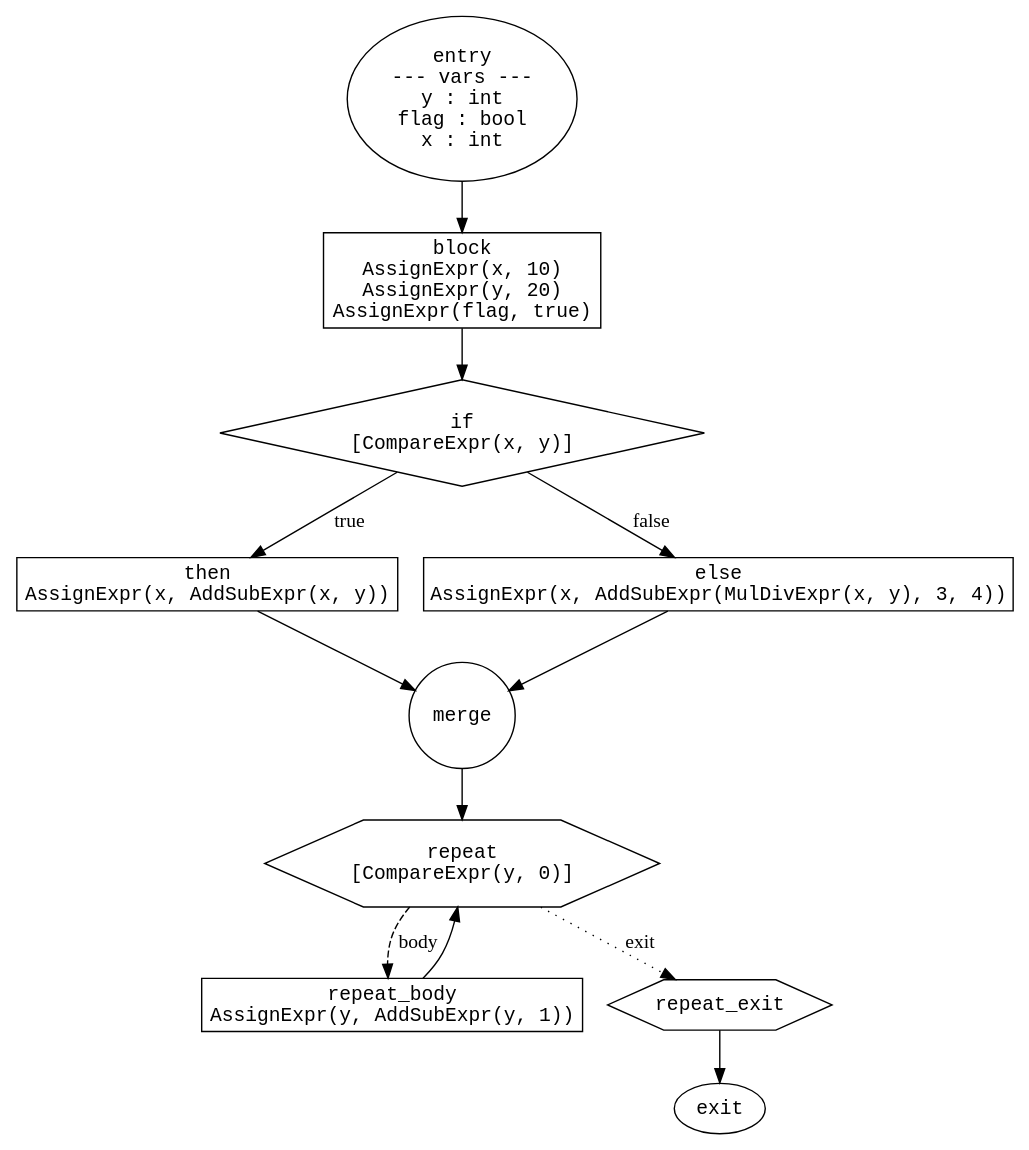
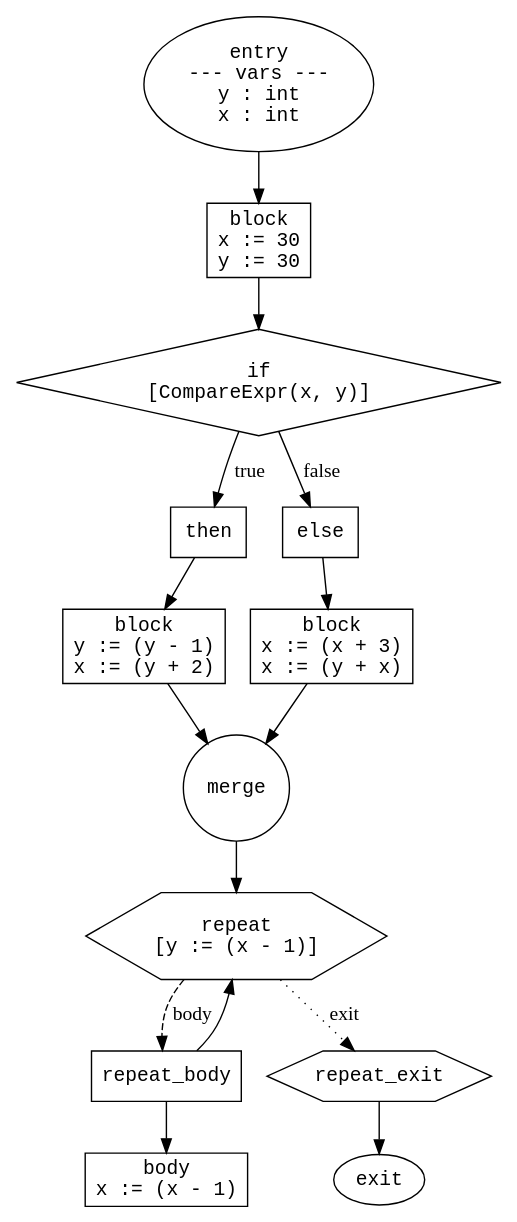
Before and after one commit to ArtemkaSheremetev/ProgLangs: the diagram in build/popa.cfg.dot, drawn with Graphviz. The commit also changed 21 other files, not shown here.

```diff
--- a/build/popa.cfg.dot
+++ b/build/popa.cfg.dot
@@ -1,28 +1,34 @@
 digraph popa {
   rankdir=TB;
   node [fontname="Courier"];
 
-  n102202095623184 [shape=ellipse, label="entry\n--- vars ---\ny : int\nflag : bool\nx : int"];
-  n102202095623408 [shape=ellipse, label="exit"];
-  n102202095624032 [shape=box, label="block\nAssignExpr(x, 10)\nAssignExpr(y, 20)\nAssignExpr(flag, true)"];
-  n102202095624544 [shape=diamond, label="if\n[CompareExpr(x, y)]"];
-  n102202095624832 [shape=box, label="then\nAssignExpr(x, AddSubExpr(x, y))"];
-  n102202095625168 [shape=box, label="else\nAssignExpr(x, AddSubExpr(MulDivExpr(x, y), 3, 4))"];
-  n102202095625552 [shape=circle, label="merge"];
-  n102202095625904 [shape=hexagon, label="repeat\n[CompareExpr(y, 0)]"];
-  n102202095627232 [shape=box, label="repeat_body\nAssignExpr(y, AddSubExpr(y, 1))"];
-  n102202095627760 [shape=hexagon, label="repeat_exit"];
+  n98416784064112 [shape=ellipse, label="entry\n--- vars ---\ny : int\nx : int"];
+  n98416784064400 [shape=ellipse, label="exit"];
+  n98416784064992 [shape=box, label="block\nx := 30\ny := 30"];
+  n98416784065248 [shape=diamond, label="if\n[CompareExpr(x, y)]"];
+  n98416784065568 [shape=box, label="then"];
+  n98416784065888 [shape=box, label="block\ny := (y - 1)\nx := (y + 2)"];
+  n98416784066288 [shape=box, label="else"];
+  n98416784066576 [shape=box, label="block\nx := (x + 3)\nx := (y + x)"];
+  n98416784066896 [shape=circle, label="merge"];
+  n98416784067424 [shape=hexagon, label="repeat\n[y := (x - 1)]"];
+  n98416784067712 [shape=box, label="repeat_body"];
+  n98416784068032 [shape=box, label="body\nx := (x - 1)"];
+  n98416784068384 [shape=hexagon, label="repeat_exit"];
 
   // Successor edges
-  n102202095623184 -> n102202095624032;
-  n102202095624032 -> n102202095624544;
-  n102202095624544 -> n102202095624832 [label="true"];
-  n102202095624544 -> n102202095625168 [label="false"];
-  n102202095624832 -> n102202095625552;
-  n102202095625168 -> n102202095625552;
-  n102202095625552 -> n102202095625904;
-  n102202095625904 -> n102202095627232 [label="body", style="dashed"];
-  n102202095625904 -> n102202095627760 [label="exit", style="dotted"];
-  n102202095627232 -> n102202095625904;
-  n102202095627760 -> n102202095623408;
+  n98416784064112 -> n98416784064992;
+  n98416784064992 -> n98416784065248;
+  n98416784065248 -> n98416784065568 [label="true"];
+  n98416784065248 -> n98416784066288 [label="false"];
+  n98416784065568 -> n98416784065888;
+  n98416784065888 -> n98416784066896;
+  n98416784066288 -> n98416784066576;
+  n98416784066576 -> n98416784066896;
+  n98416784066896 -> n98416784067424;
+  n98416784067424 -> n98416784067712 [label="body", style="dashed"];
+  n98416784067424 -> n98416784068384 [label="exit", style="dotted"];
+  n98416784067712 -> n98416784068032;
+  n98416784067712 -> n98416784067424;
+  n98416784068384 -> n98416784064400;
 }
```
